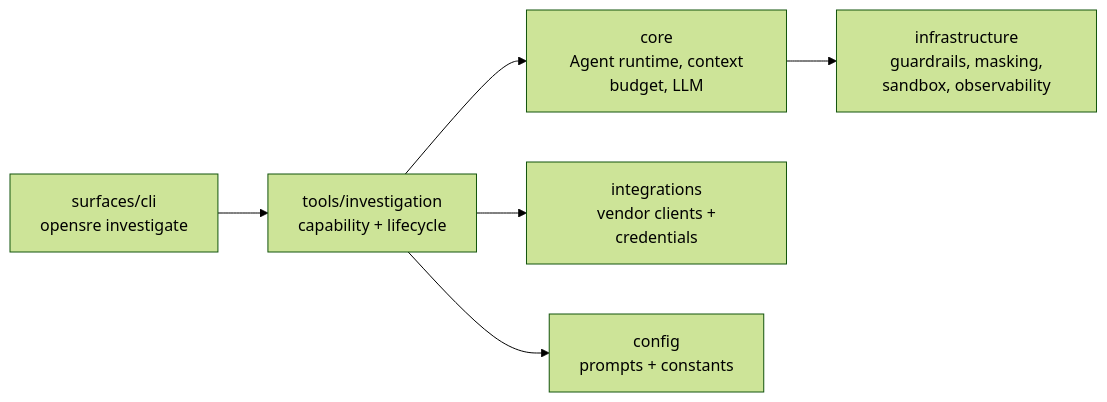
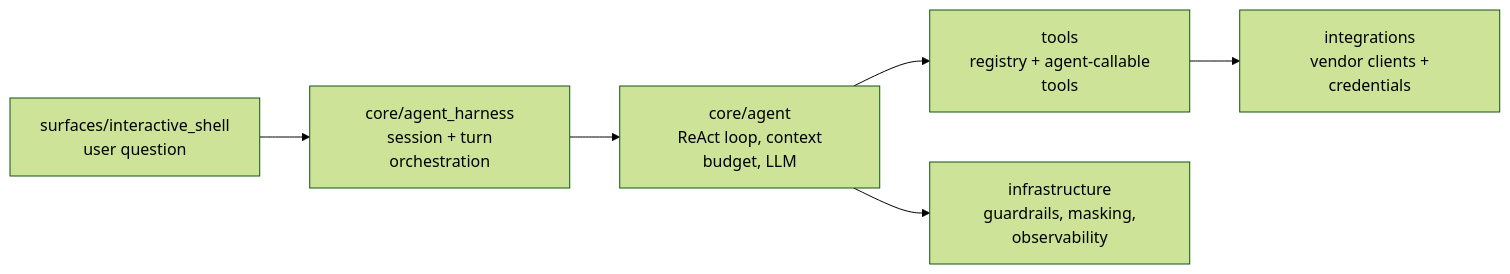
The second of 3 diagrams in docs/ARCHITECTURE.md (Tracer-Cloud/open-sre-agent), drawn with Mermaid (forest theme) before and after one commit. The commit also changed other lines of this file and 2193 other files, not shown here.

First line of the commit message:
feat!: remove the investigation product, keeping the single-agent chat core

````diff
--- a/docs/ARCHITECTURE.md
+++ b/docs/ARCHITECTURE.md
@@ -191,8 +191,8 @@
 ```mermaid
 flowchart LR
-    A["surfaces/cli\n opensre investigate"] --> B["tools/investigation\n capability + lifecycle"]
-    B --> C["core\n Agent runtime, context budget, LLM"]
-    B --> D["integrations\n vendor clients + credentials"]
-    C --> E["infrastructure\n guardrails, masking, sandbox, observability"]
-    B --> F["config\n prompts + constants"]
+    A["surfaces/interactive_shell\n user question"] --> B["core/agent_harness\n session + turn orchestration"]
+    B --> C["core/agent\n ReAct loop, context budget, LLM"]
+    C --> D["tools\n registry + agent-callable tools"]
+    D --> E["integrations\n vendor clients + credentials"]
+    C --> F["infrastructure\n guardrails, masking, observability"]
 ```
````
